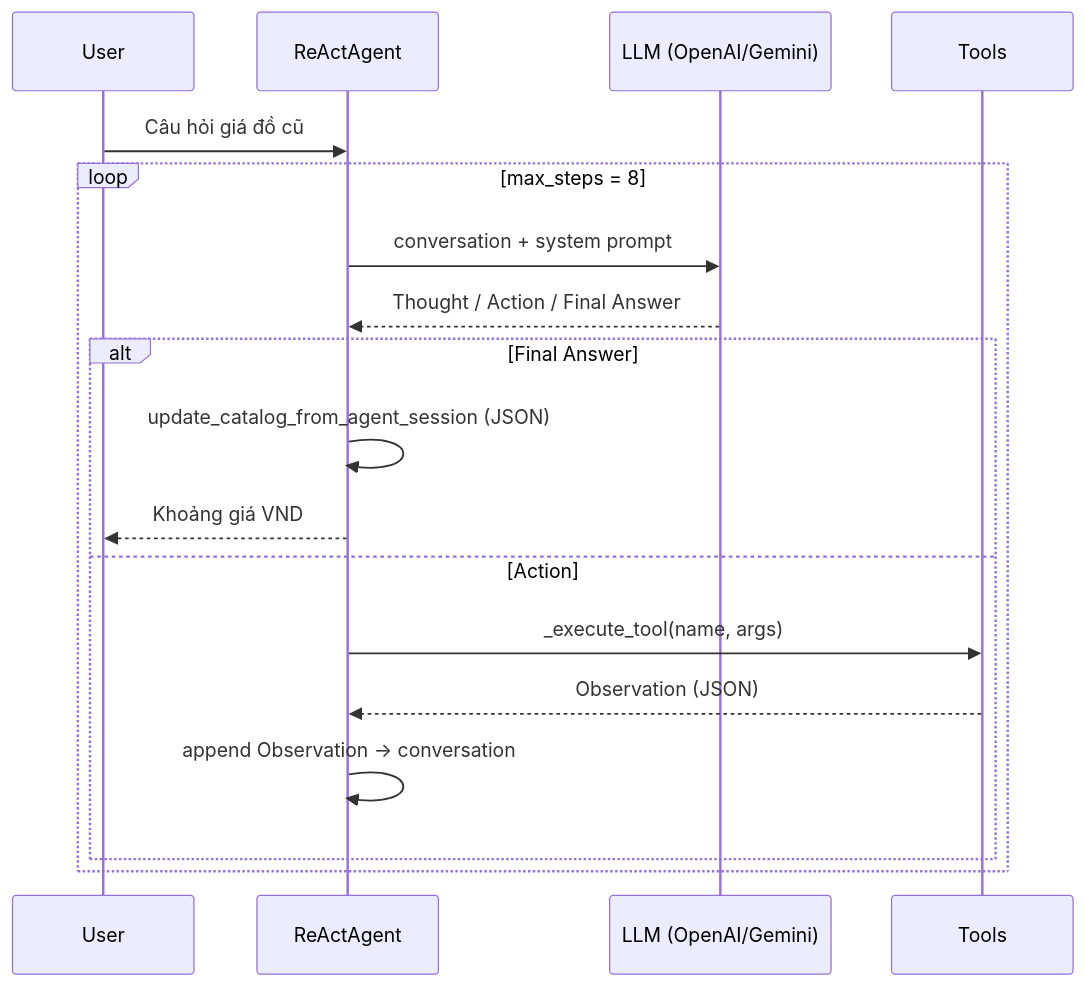
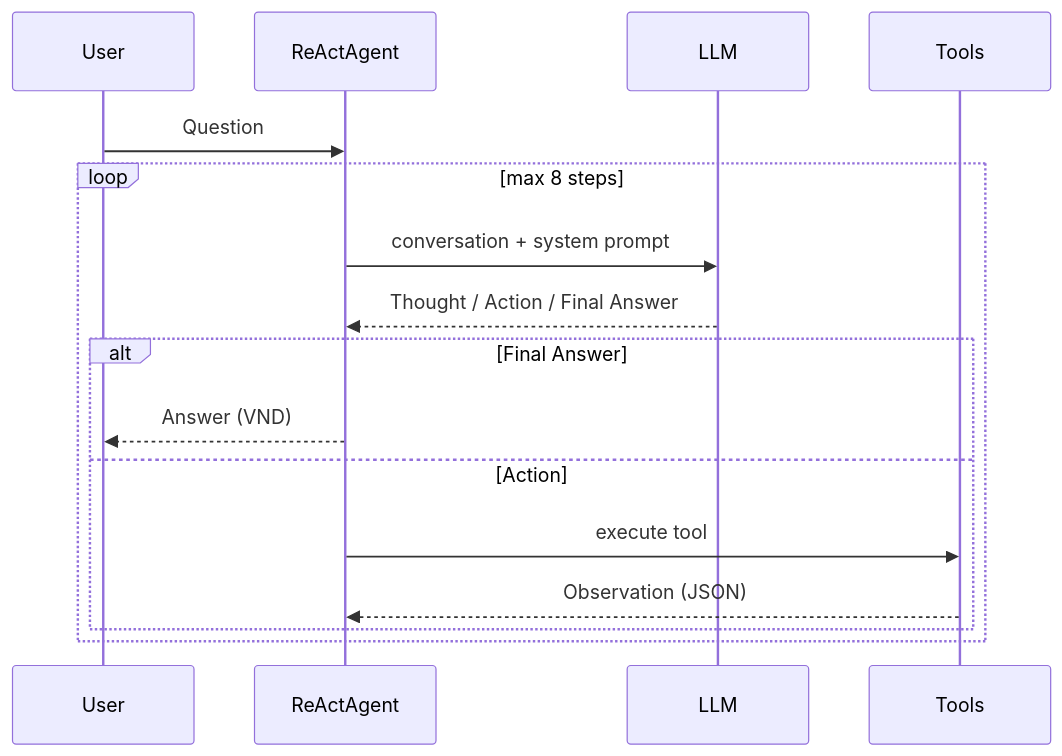
One commit to hanhvs/day03_2A202600722 changed the diagram in report/group_report/GROUP_REPORT_PriceCheck.md. Above: the diagram before and after it, drawn with Mermaid. The commit also changed other lines of this file and 10 other files, not shown here.

Commit message:
feat: upgrade PriceCheck Agent to v2 with enhanced tool execution, improved condition scoring, and refined telemetry metrics

````diff
--- a/report/group_report/GROUP_REPORT_PriceCheck.md
+++ b/report/group_report/GROUP_REPORT_PriceCheck.md
@@ -36,21 +24,18 @@
 ```mermaid
 sequenceDiagram
     participant U as User
     participant A as ReActAgent
-    participant L as LLM (OpenAI/Gemini)
+    participant L as LLM
     participant T as Tools
-
-    U->>A: Câu hỏi giá đồ cũ
-    loop max_steps = 8
+    U->>A: Question
+    loop max 8 steps
         A->>L: conversation + system prompt
         L-->>A: Thought / Action / Final Answer
         alt Final Answer
-            A->>A: update_catalog_from_agent_session (JSON)
-            A-->>U: Khoảng giá VND
+            A-->>U: Answer (VND)
         else Action
-            A->>T: _execute_tool(name, args)
+            A->>T: execute tool
             T-->>A: Observation (JSON)
-            A->>A: append Observation → conversation
         end
     end
 ```
````
